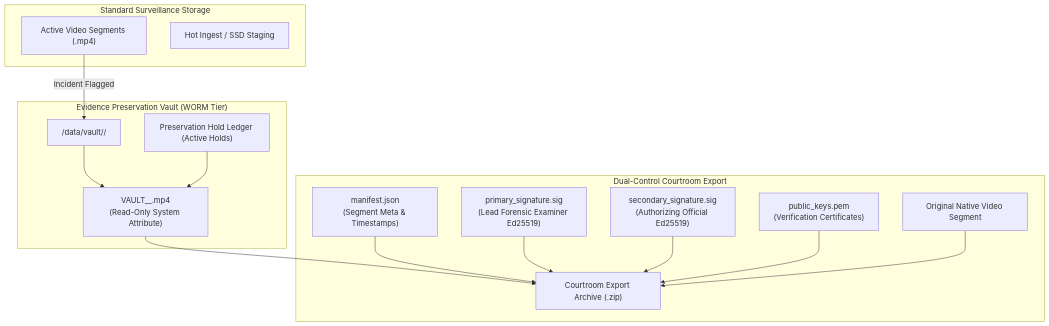
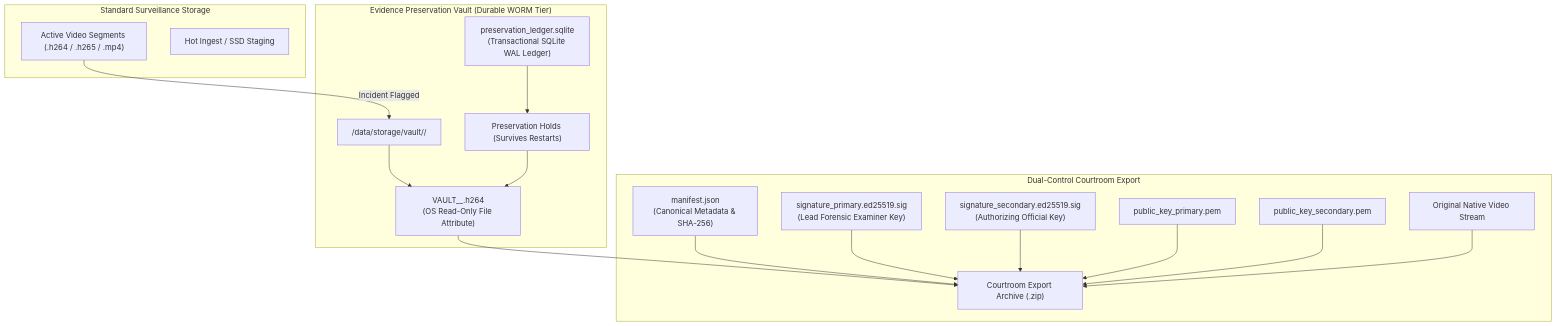
The first of 2 diagrams in docs/PHASE-24-EVIDENCE-PRESERVATION.md (aboulouafaeit-sys/CAMserv.IT), drawn with Mermaid before and after one commit. The commit also changed other lines of this file and 15 other files, not shown here.

Commit message:
feat: implement ISEP evidence preservation and hardware capability matrix documentation and engine

````diff
--- a/docs/PHASE-24-EVIDENCE-PRESERVATION.md
+++ b/docs/PHASE-24-EVIDENCE-PRESERVATION.md
@@ -25,32 +25,36 @@
 ```mermaid
 graph TD
     subgraph ActiveStorage["Standard Surveillance Storage"]
-        Active["Active Video Segments (.mp4)"]
+        Active["Active Video Segments (.h264 / .h265 / .mp4)"]
         HotStaging["Hot Ingest / SSD Staging"]
     end
 
-    subgraph Vault["Evidence Preservation Vault (WORM Tier)"]
-        VaultDir["/data/vault/<camera_id>/"]
-        HeldSegment["VAULT_<camera_id>_<timestamp>.mp4\n(Read-Only System Attribute)"]
-        HoldLedger["Preservation Hold Ledger (Active Holds)"]
+    subgraph Vault["Evidence Preservation Vault (Durable WORM Tier)"]
+        VaultDir["/data/storage/vault/<camera_id>/"]
+        HeldSegment["VAULT_<camera_id>_<timestamp>.h264\n(OS Read-Only File Attribute)"]
+        StoreDB["preservation_ledger.sqlite\n(Transactional SQLite WAL Ledger)"]
+        HoldLedger["Preservation Holds (Survives Restarts)"]
     end
 
     subgraph Export["Dual-Control Courtroom Export"]
         Bundle["Courtroom Export Archive (.zip)"]
-        Manifest["manifest.json\n(Segment Meta & Timestamps)"]
-        Sig1["primary_signature.sig\n(Lead Forensic Examiner Ed25519)"]
-        Sig2["secondary_signature.sig\n(Authorizing Official Ed25519)"]
-        Cert["public_keys.pem\n(Verification Certificates)"]
-        Video["Original Native Video Segment"]
+        Manifest["manifest.json\n(Canonical Metadata & SHA-256)"]
+        Sig1["signature_primary.ed25519.sig\n(Lead Forensic Examiner Key)"]
+        Sig2["signature_secondary.ed25519.sig\n(Authorizing Official Key)"]
+        Pub1["public_key_primary.pem"]
+        Pub2["public_key_secondary.pem"]
+        Video["Original Native Video Stream"]
     end
 
     Active -->|Incident Flagged| VaultDir
     VaultDir --> HeldSegment
+    StoreDB --> HoldLedger
     HoldLedger --> HeldSegment
     HeldSegment --> Bundle
     Manifest --> Bundle
     Sig1 --> Bundle
     Sig2 --> Bundle
-    Cert --> Bundle
+    Pub1 --> Bundle
+    Pub2 --> Bundle
     Video --> Bundle
 ```
````
